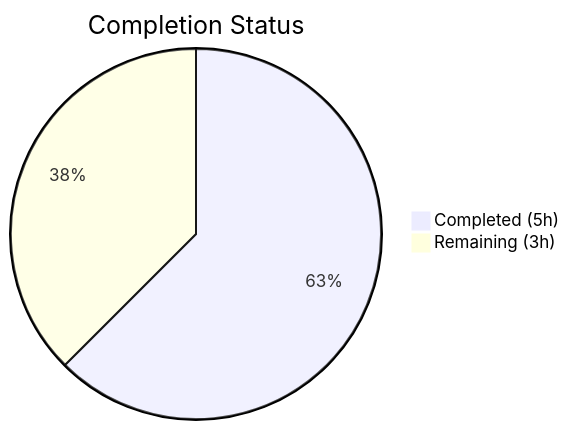
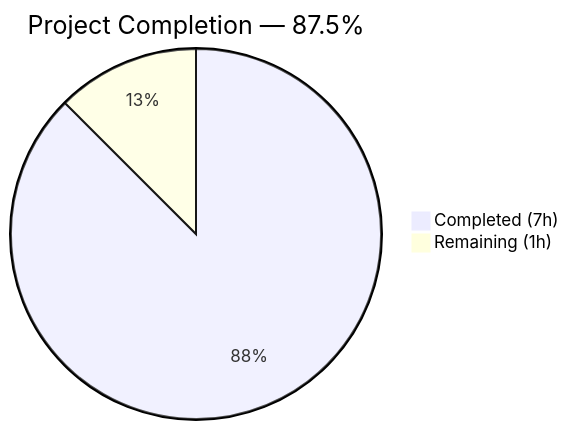
Before and after one commit to Sandeep01Kumar/09-March-existing-projects-qa-test-2: the first of 2 diagrams in blitzy/documentation/Project Guide.md, drawn with Mermaid. The commit also changed other lines of this file, not shown here.

Commit message:
Adding Blitzy Project Guide: Project Status and Human Tasks Remaining

````diff
--- a/blitzy/documentation/Project Guide.md
+++ b/blitzy/documentation/Project Guide.md
@@ -13,5 +13,5 @@
 ```mermaid
-pie title Completion Status
-    "Completed (5h)" : 5
-    "Remaining (3h)" : 3
+pie title Project Completion — 87.5%
+    "Completed (7h)" : 7
+    "Remaining (1h)" : 1
 ```
````
